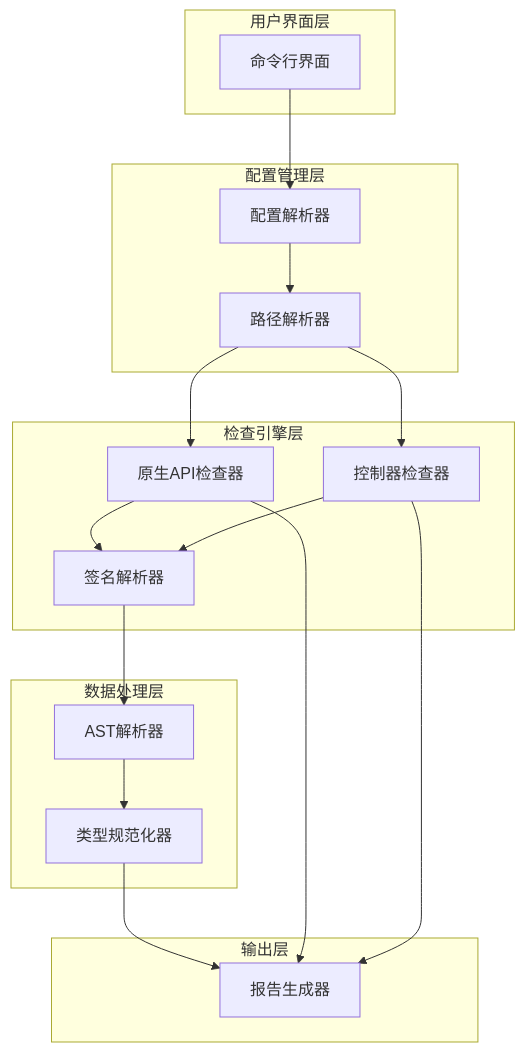
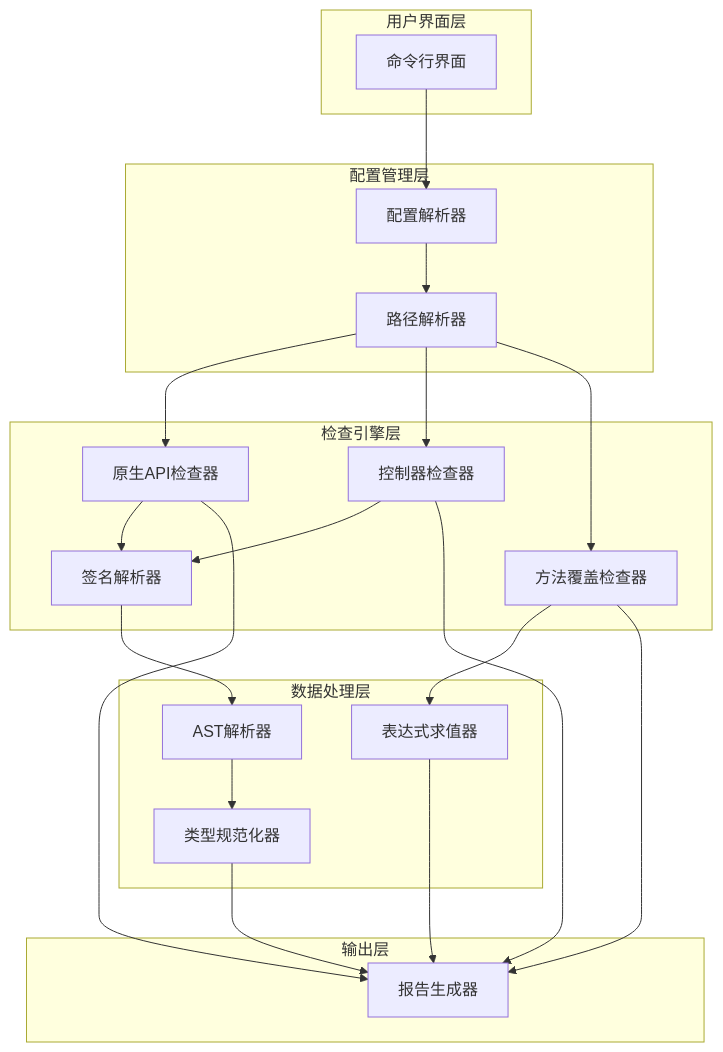
The second of 8 diagrams in instructions/maafw-golang-binding/高级功能/API一致性检查工具.md (kqcoxn/MaaPipelineEditor), drawn with Mermaid before and after one commit. The commit also changed other lines of this file and 9 other files, not shown here.

````diff
--- a/instructions/maafw-golang-binding/高级功能/API一致性检查工具.md
+++ b/instructions/maafw-golang-binding/高级功能/API一致性检查工具.md
@@ -103,33 +116,39 @@
 ```mermaid
 graph TB
 subgraph "用户界面层"
 CLI[命令行界面]
 end
 subgraph "配置管理层"
 Config[配置解析器]
 Paths[路径解析器]
 end
 subgraph "检查引擎层"
 NativeCheck[原生API检查器]
 ControllerCheck[控制器检查器]
+MethodCheck[方法覆盖检查器]
 SignatureParser[签名解析器]
 end
 subgraph "数据处理层"
 ASTParser[AST解析器]
 TypeNormalizer[类型规范化器]
+ExprEvaluator[表达式求值器]
 end
 subgraph "输出层"
 Report[报告生成器]
 end
 CLI --> Config
 Config --> Paths
 Paths --> NativeCheck
 Paths --> ControllerCheck
+Paths --> MethodCheck
 NativeCheck --> SignatureParser
 ControllerCheck --> SignatureParser
+MethodCheck --> ExprEvaluator
 SignatureParser --> ASTParser
 ASTParser --> TypeNormalizer
 TypeNormalizer --> Report
+ExprEvaluator --> Report
 NativeCheck --> Report
 ControllerCheck --> Report
+MethodCheck --> Report
 ```
````
